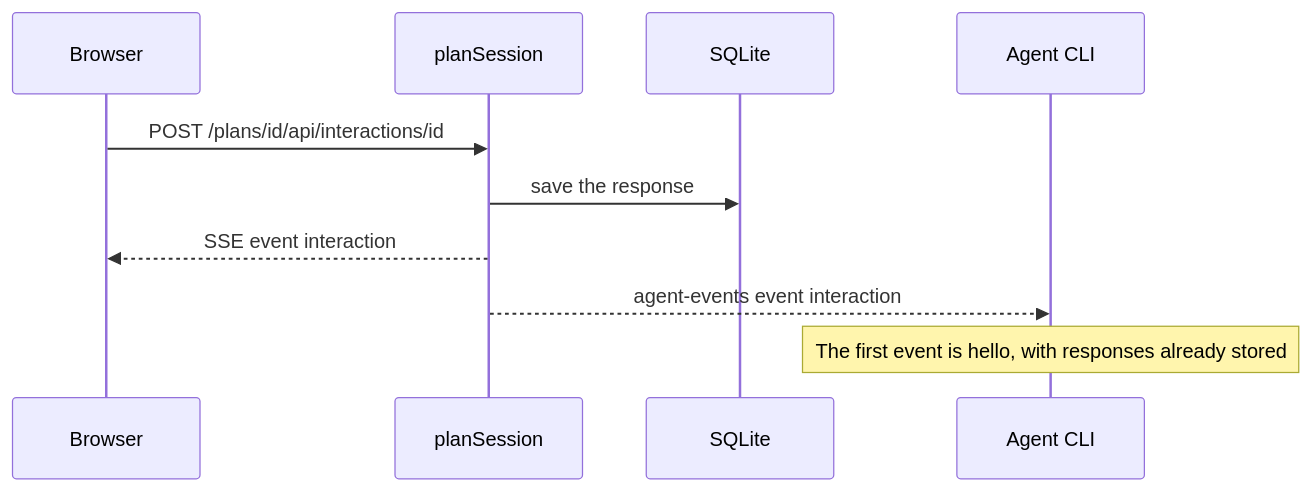
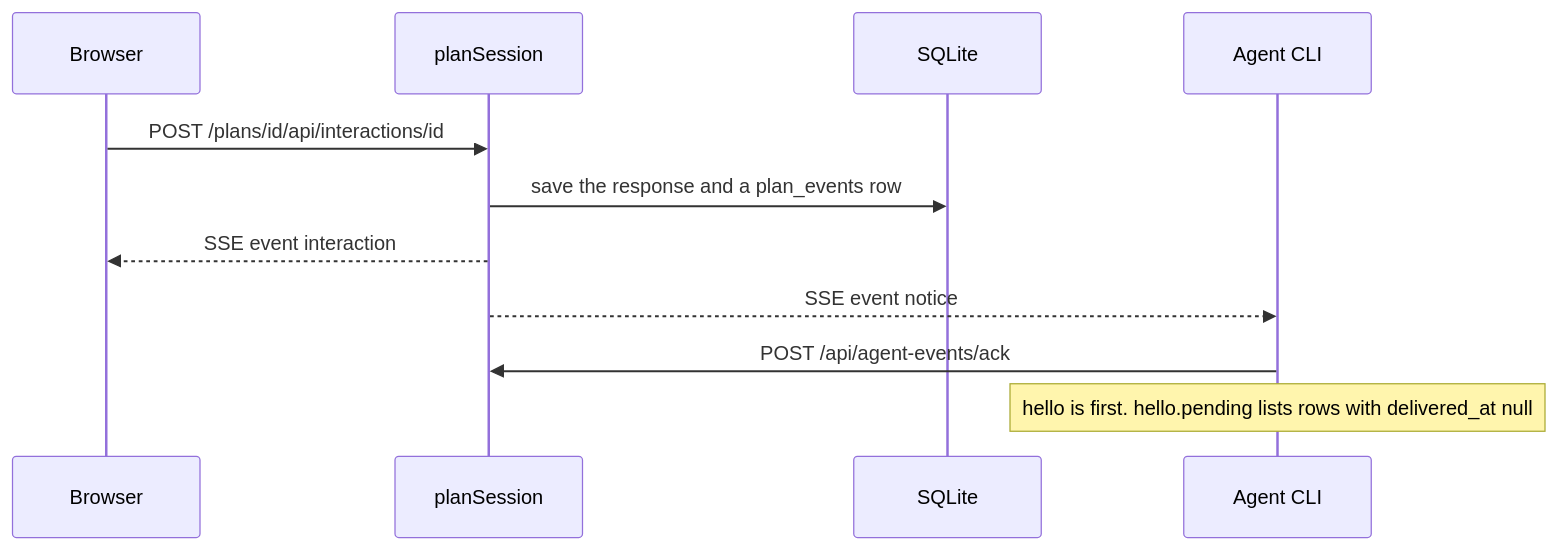
One commit to marco-calderon/visual-living-plan changed the fourth of 5 diagrams in docs/architecture/README.md. Above: the diagram before and after it, drawn with Mermaid. The commit also changed other lines of this file and 12 other files, not shown here.

First line of the commit message:
Sync architecture docs with the running service.

````diff
--- a/docs/architecture/README.md
+++ b/docs/architecture/README.md
@@ -88,12 +90,13 @@
 ```mermaid
 sequenceDiagram
   participant Browser
   participant Session as planSession
   participant Store as SQLite
   participant Agent as Agent CLI
   Browser->>Session: POST /plans/id/api/interactions/id
-  Session->>Store: save the response
+  Session->>Store: save the response and a plan_events row
   Session-->>Browser: SSE event interaction
-  Session-->>Agent: agent-events event interaction
-  Note over Agent: The first event is hello, with responses already stored
+  Session-->>Agent: SSE event notice
+  Agent->>Session: POST /api/agent-events/ack
+  Note over Agent: hello is first. hello.pending lists rows with delivered_at null
 ```
````
